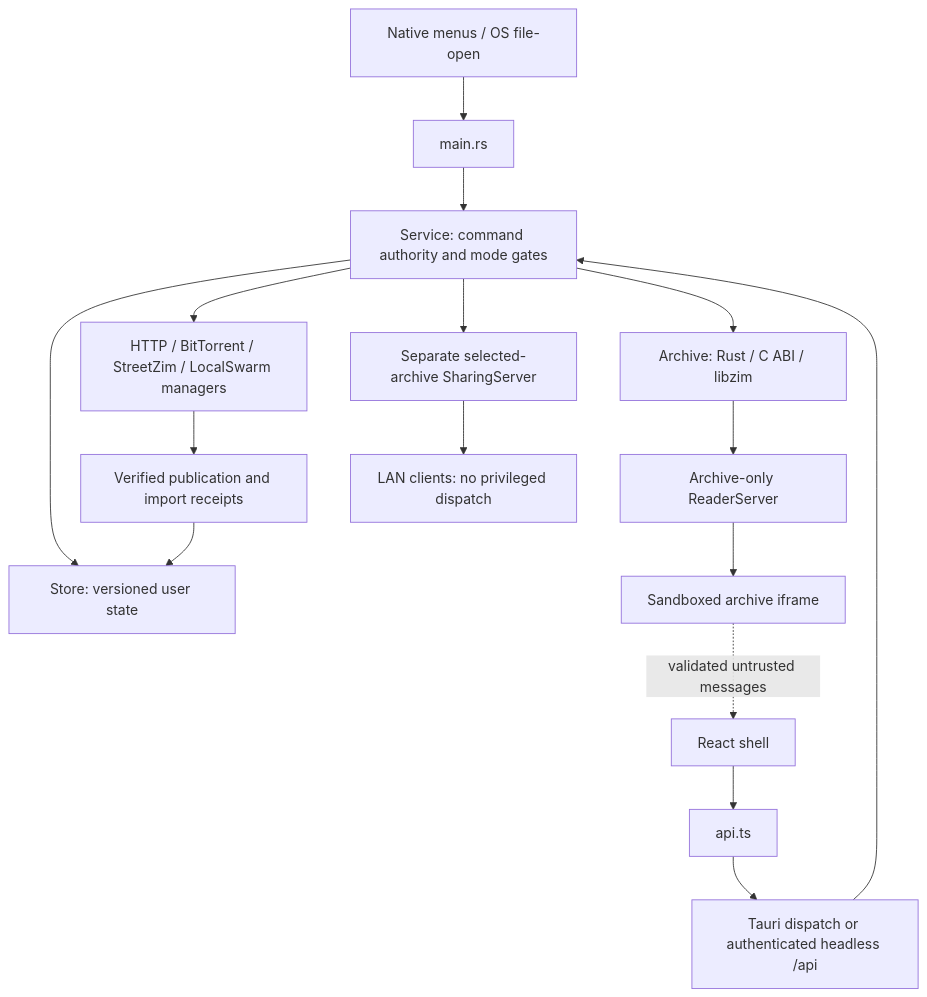
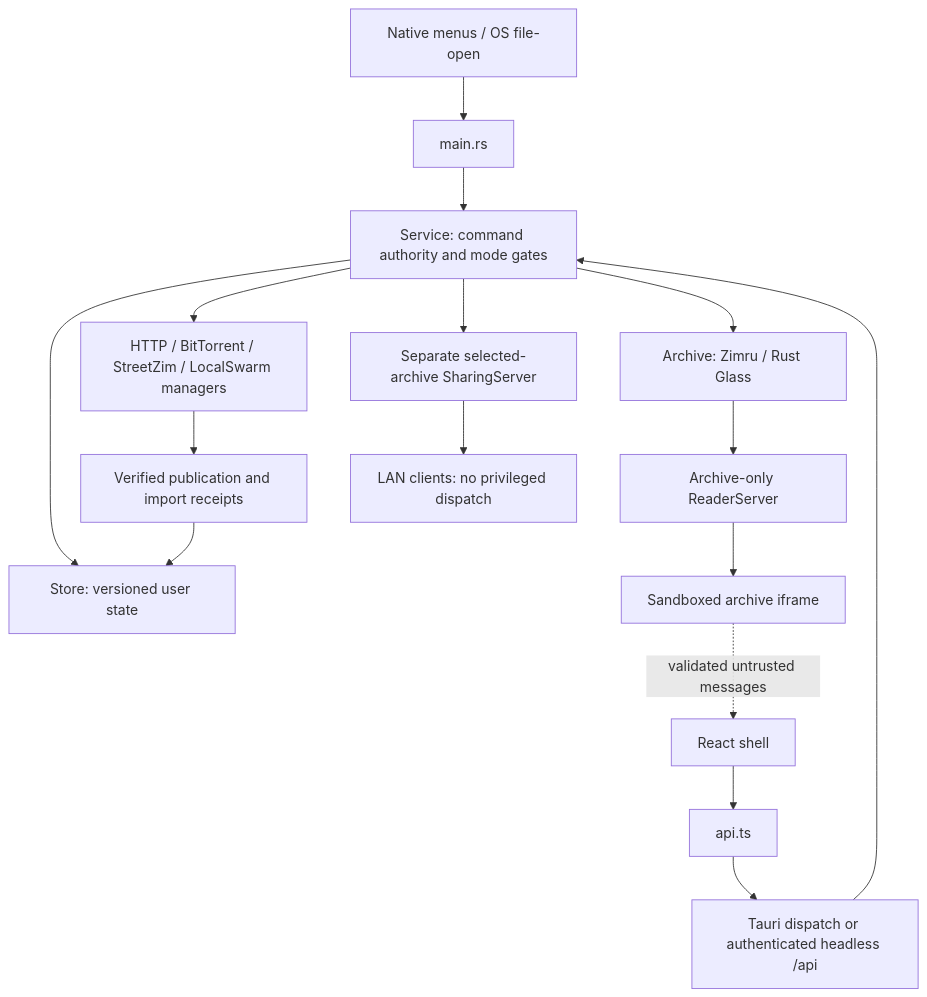
The first of 2 diagrams in docs/ARCHITECTURE.md (jasontitus/kiwix-tauri), drawn with Mermaid before and after one commit. The commit also changed other lines of this file and 50 other files, not shown here.

````diff
--- a/docs/ARCHITECTURE.md
+++ b/docs/ARCHITECTURE.md
@@ -9,18 +9,18 @@
 ```mermaid
 flowchart TD
     OS["Native menus / OS file-open"] --> Main["main.rs"]
     Main --> Service["Service: command authority and mode gates"]
     React["React shell"] --> API["api.ts"]
     API --> Dispatch["Tauri dispatch or authenticated headless /api"]
     Dispatch --> Service
     Service --> Store["Store: versioned user state"]
-    Service --> Archive["Archive: Rust / C ABI / libzim"]
+    Service --> Archive["Archive: Zimru / Rust Glass"]
     Service --> Jobs["HTTP / BitTorrent / StreetZim / LocalSwarm managers"]
     Jobs --> Publication["Verified publication and import receipts"]
     Publication --> Store
     Archive --> ReaderServer["Archive-only ReaderServer"]
     ReaderServer --> Frame["Sandboxed archive iframe"]
     Frame -. "validated untrusted messages" .-> React
     Service --> Sharing["Separate selected-archive SharingServer"]
     Sharing --> LAN["LAN clients: no privileged dispatch"]
 ```
````
